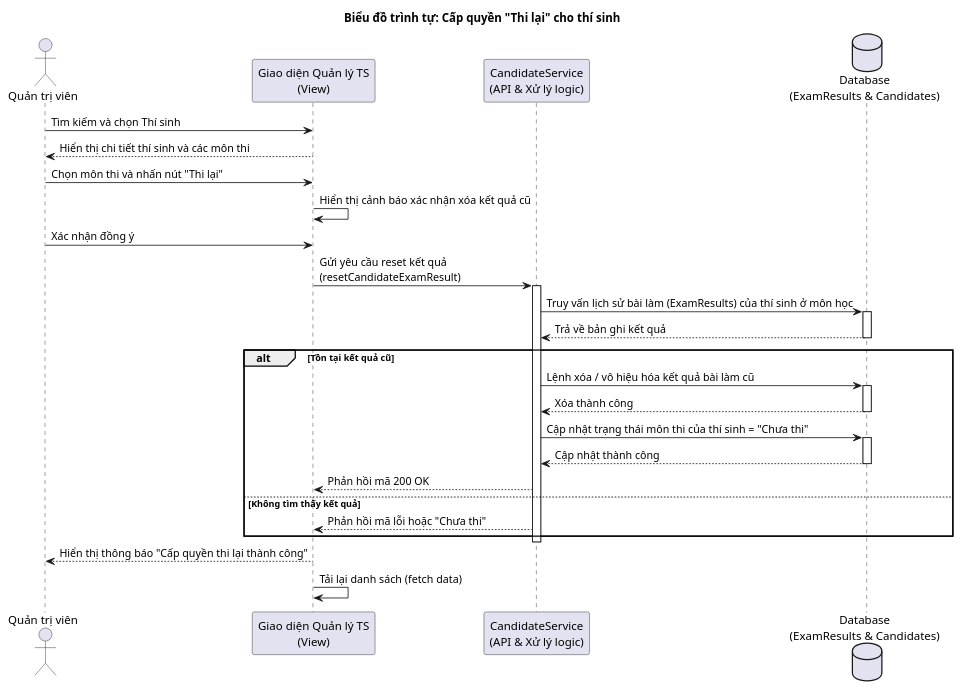
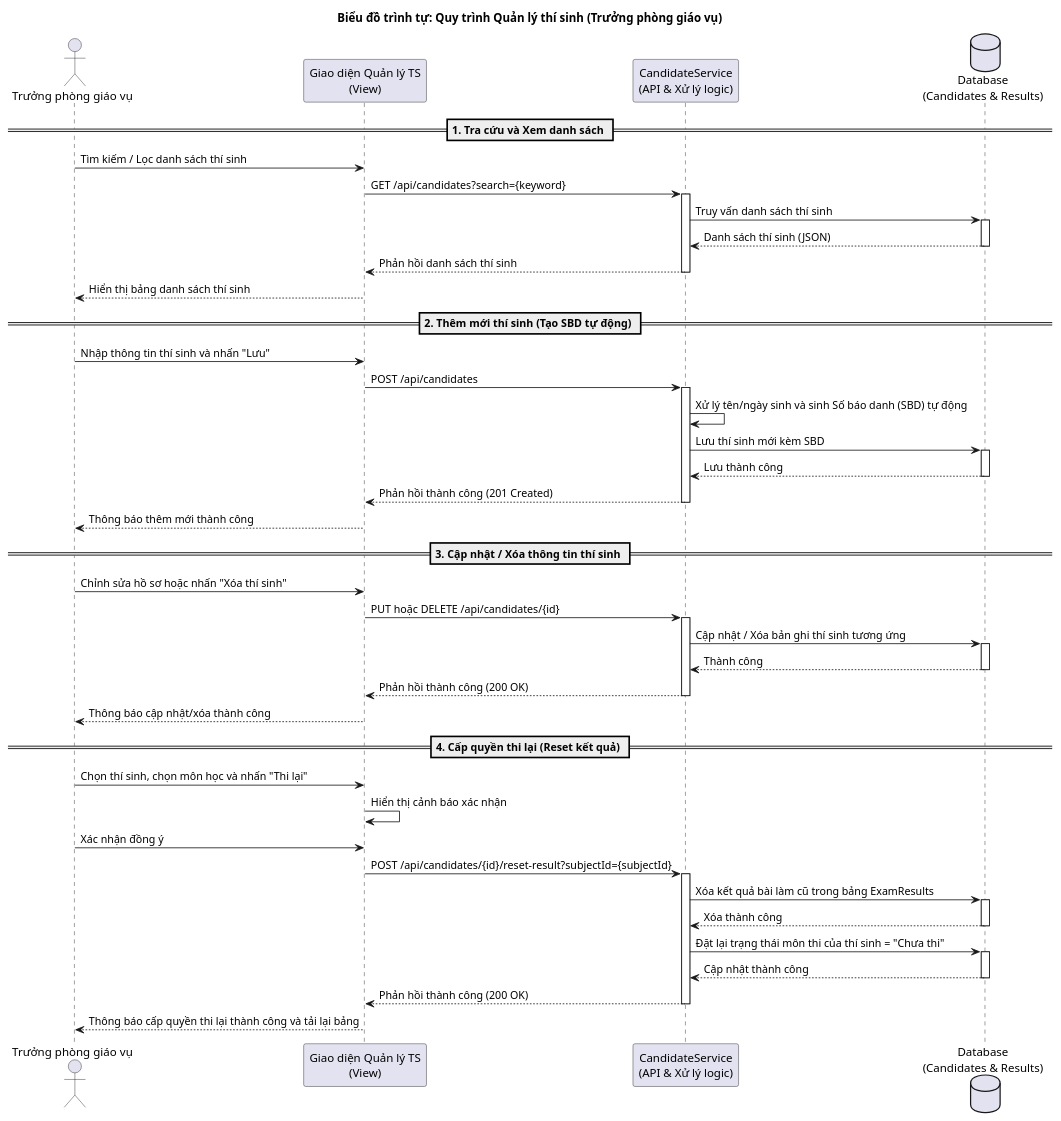
Before and after one commit to VuKV03/do-an-tot-nghiep: the second of 3 diagrams in Usecase/quanlythisinh.md, drawn with PlantUML. The commit also changed other lines of this file and 10 other files, not shown here.

Commit message:
các biểu đồ

````diff
--- a/Usecase/quanlythisinh.md
+++ b/Usecase/quanlythisinh.md
@@ -64,45 +64,65 @@
 ```plantuml
 @startuml
-title Biểu đồ trình tự: Cấp quyền "Thi lại" cho thí sinh
+title Biểu đồ trình tự: Quy trình Quản lý thí sinh (Trưởng phòng giáo vụ)
 
-actor "Quản trị viên" as Admin
+actor "Trưởng phòng giáo vụ" as TPGV
 participant "Giao diện Quản lý TS\n(View)" as View
 participant "CandidateService\n(API & Xử lý logic)" as Service
-database "Database\n(ExamResults & Candidates)" as DB
+database "Database\n(Candidates & Results)" as DB
 
-Admin -> View : Tìm kiếm và chọn Thí sinh
-View --> Admin : Hiển thị chi tiết thí sinh và các môn thi
-Admin -> View : Chọn môn thi và nhấn nút "Thi lại"
+== 1. Tra cứu và Xem danh sách ==
+TPGV -> View : Tìm kiếm / Lọc danh sách thí sinh
+View -> Service : GET /api/candidates?search={keyword}
+activate Service
+Service -> DB : Truy vấn danh sách thí sinh
+activate DB
+DB --> Service : Danh sách thí sinh (JSON)
+deactivate DB
+Service --> View : Phản hồi danh sách thí sinh
+deactivate Service
+View --> TPGV : Hiển thị bảng danh sách thí sinh
 
-View -> View : Hiển thị cảnh báo xác nhận xóa kết quả cũ
-Admin -> View : Xác nhận đồng ý
+== 2. Thêm mới thí sinh (Tạo SBD tự động) ==
+TPGV -> View : Nhập thông tin thí sinh và nhấn "Lưu"
+View -> Service : POST /api/candidates
+activate Service
+Service -> Service : Xử lý tên/ngày sinh và sinh Số báo danh (SBD) tự động
+Service -> DB : Lưu thí sinh mới kèm SBD
+activate DB
+DB --> Service : Lưu thành công
+deactivate DB
+Service --> View : Phản hồi thành công (201 Created)
+deactivate Service
+View --> TPGV : Thông báo thêm mới thành công
 
-View -> Service : Gửi yêu cầu reset kết quả\n(resetCandidateExamResult)
+== 3. Cập nhật / Xóa thông tin thí sinh ==
+TPGV -> View : Chỉnh sửa hồ sơ hoặc nhấn "Xóa thí sinh"
+View -> Service : PUT hoặc DELETE /api/candidates/{id}
 activate Service
+Service -> DB : Cập nhật / Xóa bản ghi thí sinh tương ứng
+activate DB
+DB --> Service : Thành công
+deactivate DB
+Service --> View : Phản hồi thành công (200 OK)
+deactivate Service
+View --> TPGV : Thông báo cập nhật/xóa thành công
 
-Service -> DB : Truy vấn lịch sử bài làm (ExamResults) của thí sinh ở môn học
+== 4. Cấp quyền thi lại (Reset kết quả) ==
+TPGV -> View : Chọn thí sinh, chọn môn học và nhấn "Thi lại"
+View -> View : Hiển thị cảnh báo xác nhận
+TPGV -> View : Xác nhận đồng ý
+View -> Service : POST /api/candidates/{id}/reset-result?subjectId={subjectId}
+activate Service
+Service -> DB : Xóa kết quả bài làm cũ trong bảng ExamResults
 activate DB
-DB --> Service : Trả về bản ghi kết quả
+DB --> Service : Xóa thành công
 deactivate DB
-
-alt Tồn tại kết quả cũ
-    Service -> DB : Lệnh xóa / vô hiệu hóa kết quả bài làm cũ
-    activate DB
-    DB --> Service : Xóa thành công
-    deactivate DB
-  
-    Service -> DB : Cập nhật trạng thái môn thi của thí sinh = "Chưa thi"
-    activate DB
-    DB --> Service : Cập nhật thành công
-    deactivate DB
-  
-    Service --> View : Phản hồi mã 200 OK
-else Không tìm thấy kết quả
-    Service --> View : Phản hồi mã lỗi hoặc "Chưa thi"
-end
+Service -> DB : Đặt lại trạng thái môn thi của thí sinh = "Chưa thi"
+activate DB
+DB --> Service : Cập nhật thành công
+deactivate DB
+Service --> View : Phản hồi thành công (200 OK)
 deactivate Service
-
-View --> Admin : Hiển thị thông báo "Cấp quyền thi lại thành công"
-View -> View : Tải lại danh sách (fetch data)
+View --> TPGV : Thông báo cấp quyền thi lại thành công và tải lại bảng
 @enduml
 ```
````
